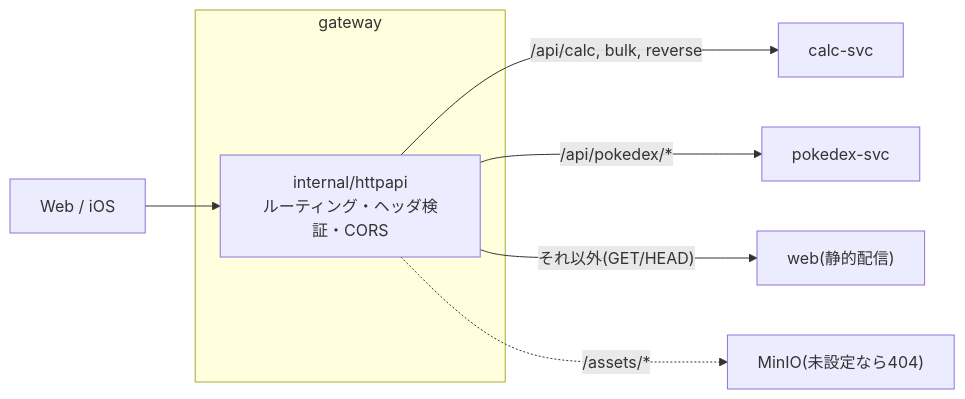
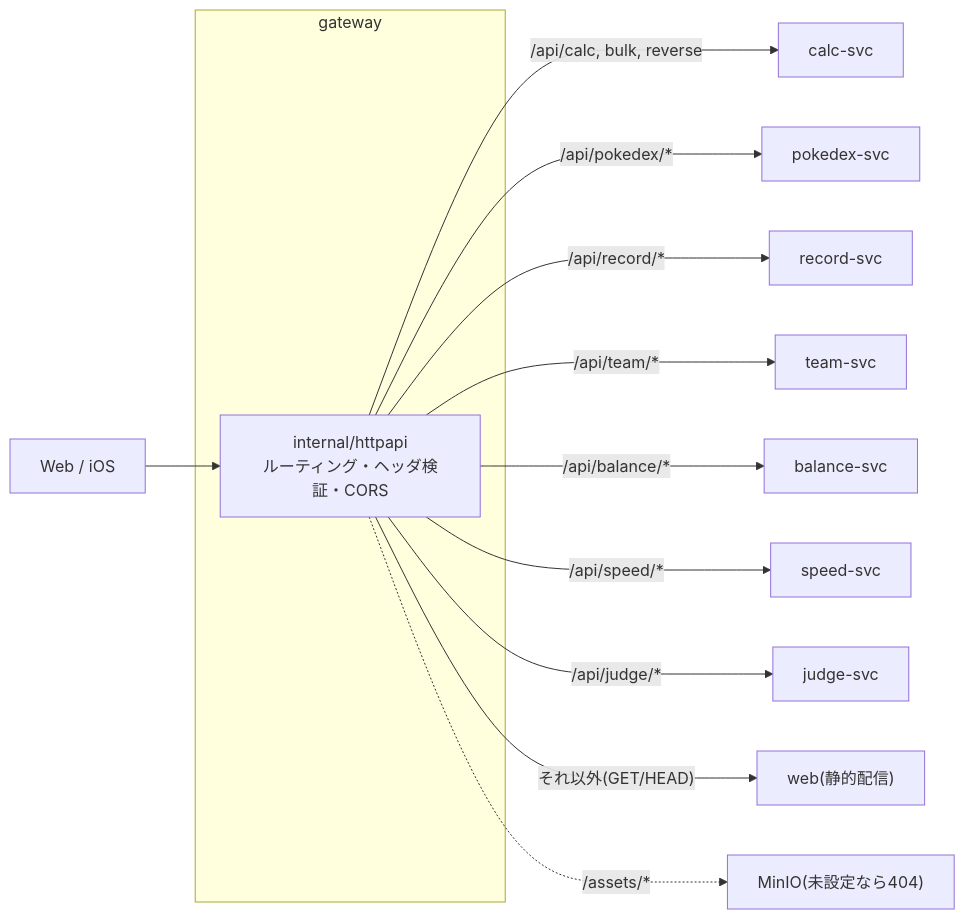
One commit to yxicun89/MyDamageCalcurater changed the diagram in services/gateway/README.md. Above: the diagram before and after it, drawn with Mermaid. The commit also changed other lines of this file and 9 other files, not shown here.

````diff
--- a/services/gateway/README.md
+++ b/services/gateway/README.md
@@ -6,11 +6,16 @@
 ```mermaid
 flowchart LR
   Client["Web / iOS"] --> GW
   subgraph gw["gateway"]
     GW["internal/httpapi<br/>ルーティング・ヘッダ検証・CORS"]
   end
   GW -->|"/api/calc, bulk, reverse"| Calc["calc-svc"]
   GW -->|"/api/pokedex/*"| Pokedex["pokedex-svc"]
+  GW -->|"/api/record/*"| Record["record-svc"]
+  GW -->|"/api/team/*"| Team["team-svc"]
+  GW -->|"/api/balance/*"| Balance["balance-svc"]
+  GW -->|"/api/speed/*"| Speed["speed-svc"]
+  GW -->|"/api/judge/*"| Judge["judge-svc"]
   GW -->|"それ以外(GET/HEAD)"| Web["web(静的配信)"]
   GW -.->|"/assets/*"| Assets["MinIO(未設定なら404)"]
 ```
````
